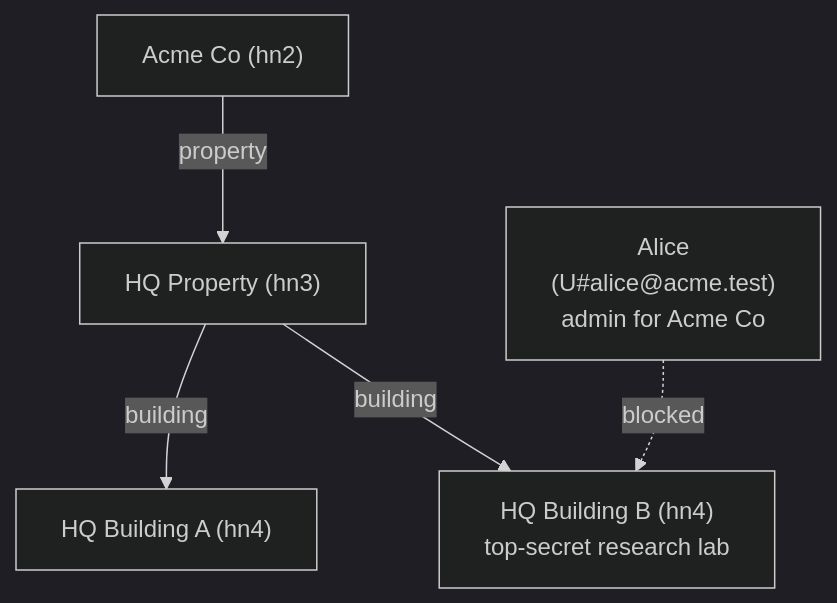
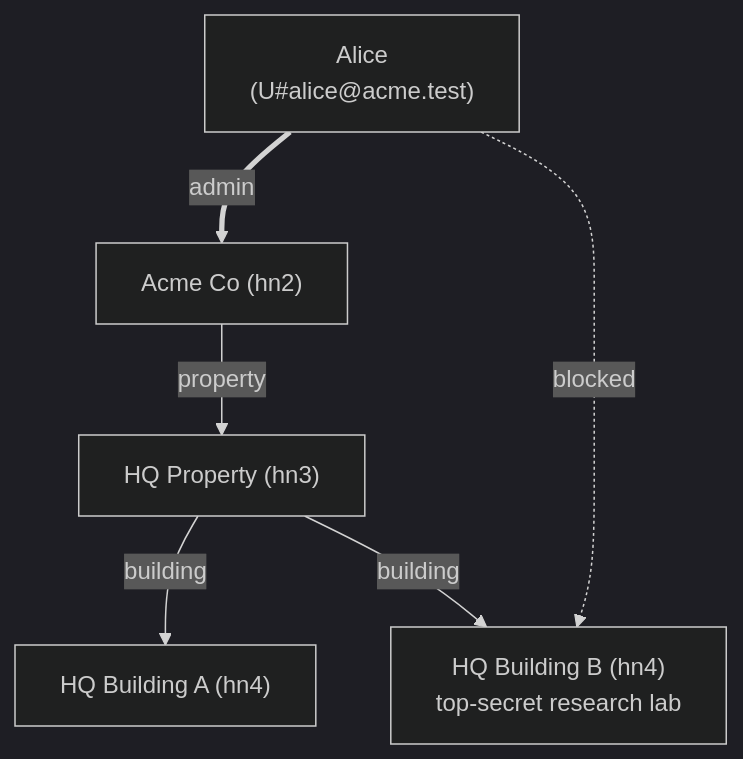
Before and after one commit to surt666/ems_rust: the second of 4 diagrams in docs/hierarchy-and-sensors.md, drawn with Mermaid (dark theme). The commit also changed other lines of this file and 1 other file, not shown here.

First line of the commit message:
docs: model Alice's admin role as a grant edge on Acme Co

````diff
--- a/docs/hierarchy-and-sensors.md
+++ b/docs/hierarchy-and-sensors.md
@@ -150,8 +150,9 @@
 ```mermaid
 graph TD
   C["Acme Co (hn2)"] -->|property| HQ["HQ Property (hn3)"]
   HQ -->|building| HBA["HQ Building A (hn4)"]
   HQ -->|building| HBB["HQ Building B (hn4)<br/>top-secret research lab"]
 
-  Alice["Alice<br/>(U#alice@acme.test)<br/>admin for Acme Co"] -.->|blocked| HBB
+  Alice["Alice<br/>(U#alice@acme.test)"] ==>|admin| C
+  Alice -.->|blocked| HBB
 ```
````
